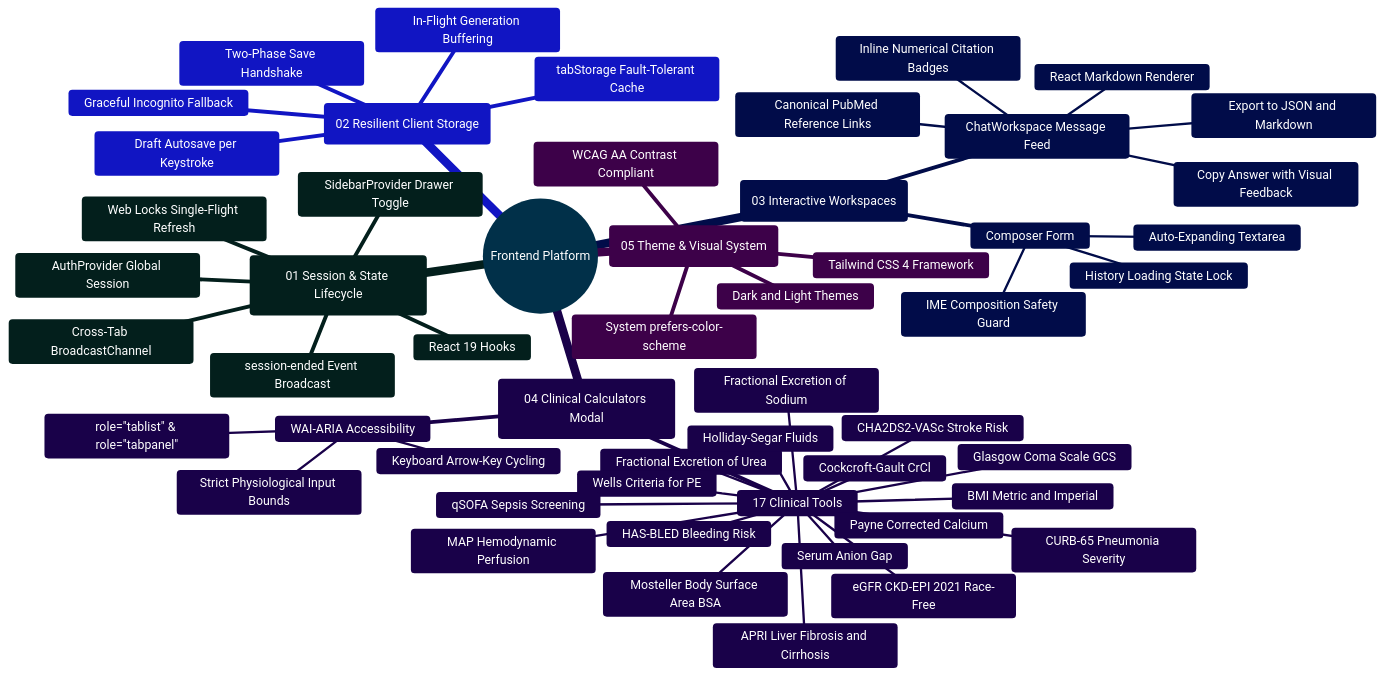
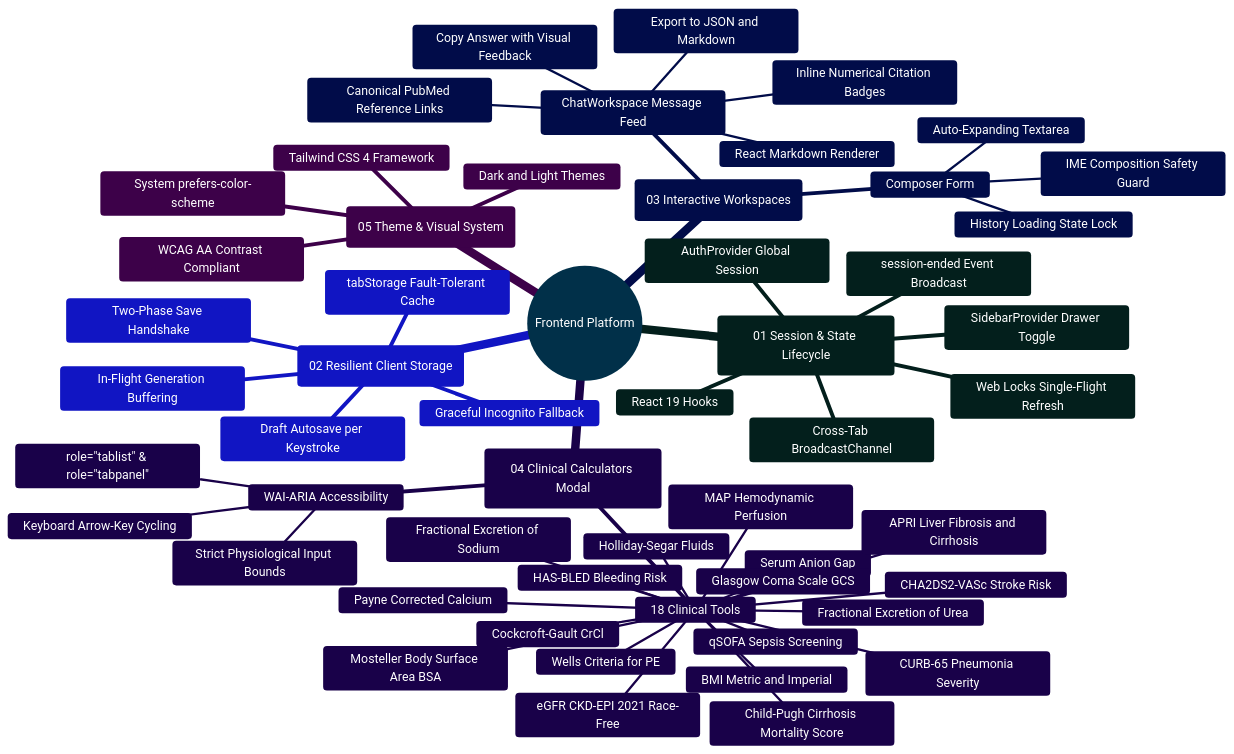
The first of 2 diagrams in frontend/README.md (Ganesh172919/React-App-LLM), drawn with Mermaid before and after one commit. The commit also changed other lines of this file and 19 other files, not shown here.

Commit message:
docs: synchronize complete production documentation across 20 files with 19 DDI rules, 18 clinical tools, and 206 automated checks

````diff
--- a/frontend/README.md
+++ b/frontend/README.md
@@ -65,58 +65,59 @@
 ```mermaid
 %%{init: {'theme': 'base', 'themeVariables': { 'primaryColor': '#0284c7', 'primaryTextColor': '#ffffff', 'primaryBorderColor': '#0369a1', 'lineColor': '#0284c7', 'secondaryColor': '#0d9488', 'tertiaryColor': '#6366f1' }}}%%
 mindmap
   root((Frontend Platform))
     ::icon(fa fa-desktop)
     (01 Session & State Lifecycle)
       React 19 Hooks
       AuthProvider Global Session
       SidebarProvider Drawer Toggle
       Web Locks Single-Flight Refresh
       Cross-Tab BroadcastChannel
       session-ended Event Broadcast
     (02 Resilient Client Storage)
       tabStorage Fault-Tolerant Cache
       Draft Autosave per Keystroke
       In-Flight Generation Buffering
       Two-Phase Save Handshake
       Graceful Incognito Fallback
     (03 Interactive Workspaces)
       ChatWorkspace Message Feed
         React Markdown Renderer
         Inline Numerical Citation Badges
         Canonical PubMed Reference Links
         Copy Answer with Visual Feedback
         Export to JSON and Markdown
       Composer Form
         IME Composition Safety Guard
         History Loading State Lock
         Auto-Expanding Textarea
     (04 Clinical Calculators Modal)
-      17 Clinical Tools
+      18 Clinical Tools
         BMI Metric and Imperial
         eGFR CKD-EPI 2021 Race-Free
         CHA2DS2-VASc Stroke Risk
         MAP Hemodynamic Perfusion
         Cockcroft-Gault CrCl
         Payne Corrected Calcium
         Serum Anion Gap
         Fractional Excretion of Sodium
         Fractional Excretion of Urea
         Holliday-Segar Fluids
         Wells Criteria for PE
         CURB-65 Pneumonia Severity
         Glasgow Coma Scale GCS
         HAS-BLED Bleeding Risk
         qSOFA Sepsis Screening
         Mosteller Body Surface Area BSA
         APRI Liver Fibrosis and Cirrhosis
+        Child-Pugh Cirrhosis Mortality Score
       WAI-ARIA Accessibility
         role="tablist" & role="tabpanel"
         Keyboard Arrow-Key Cycling
         Strict Physiological Input Bounds
     (05 Theme & Visual System)
       Tailwind CSS 4 Framework
       Dark and Light Themes
       System prefers-color-scheme
       WCAG AA Contrast Compliant
 ```
````
